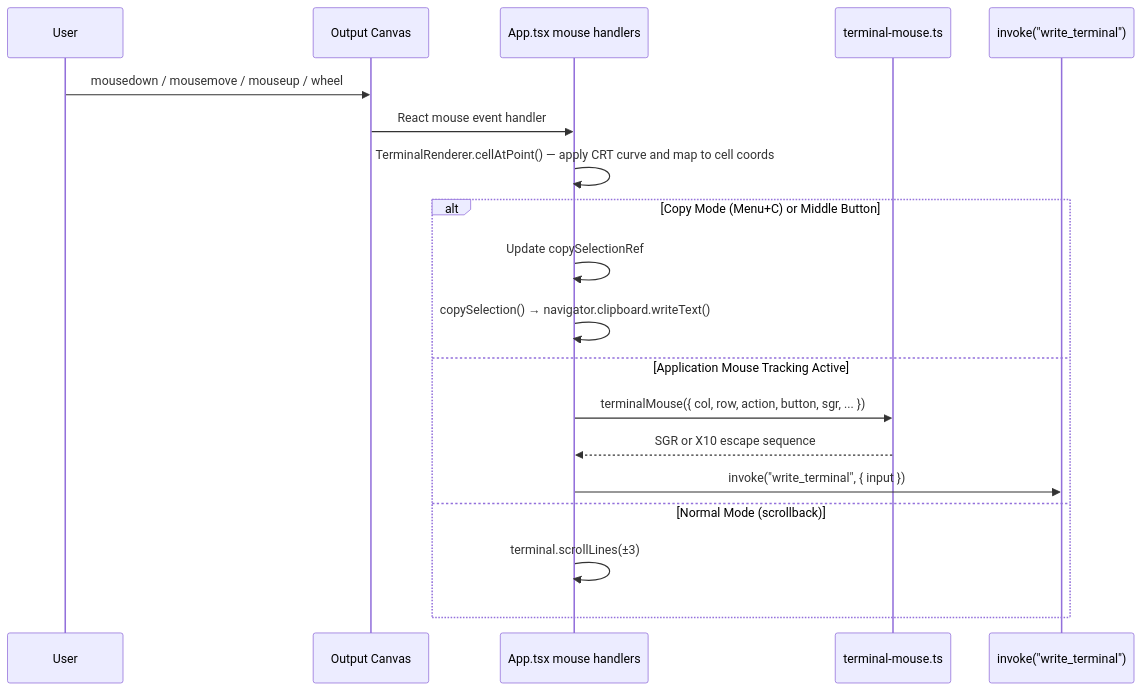
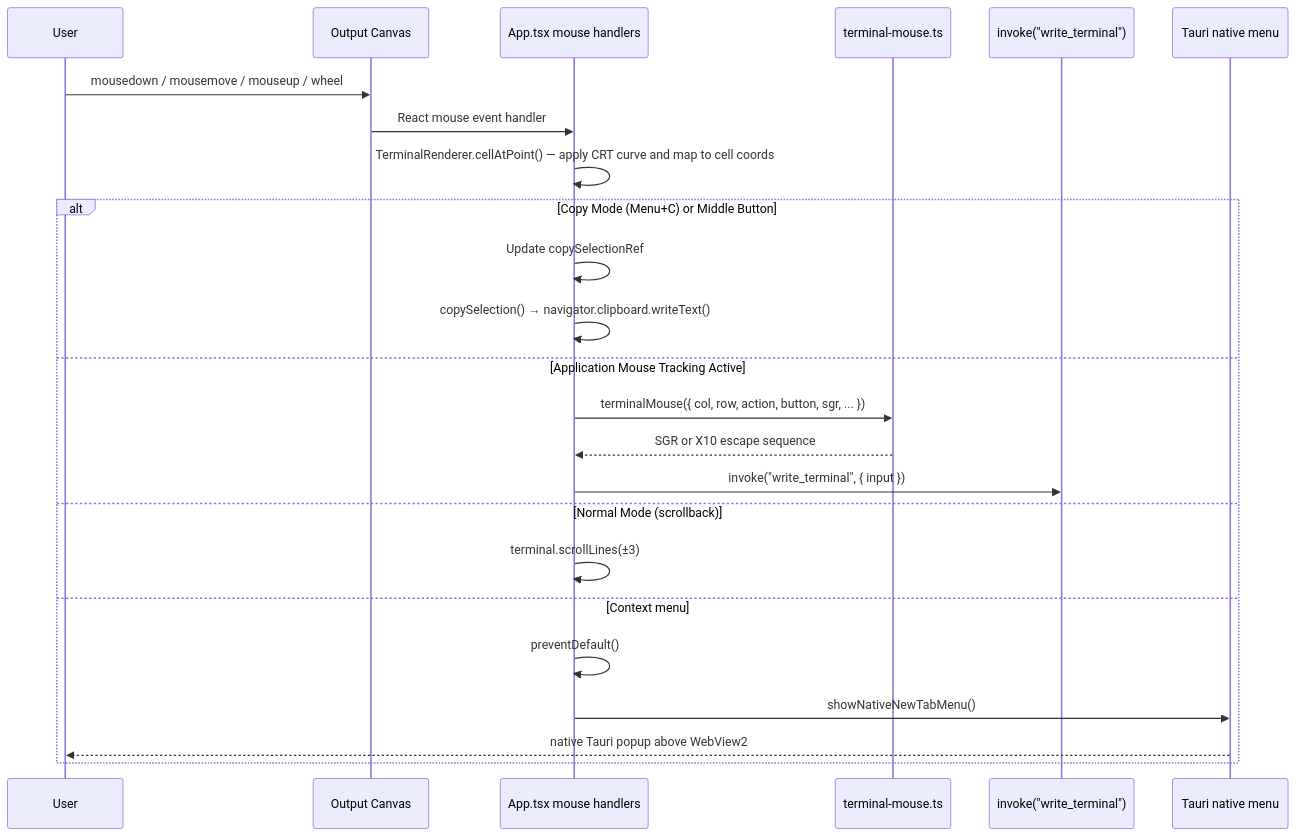
The fifth of 6 diagrams in docs/02-architecture.md (z-hunter/Scanline-Term), drawn with Mermaid before and after one commit. The commit also changed other lines of this file and 12 other files, not shown here.

Commit message:
Add native context menus for tabs and terminal

````diff
--- a/docs/02-architecture.md
+++ b/docs/02-architecture.md
@@ -183,22 +187,27 @@
 ```mermaid
 sequenceDiagram
     participant User as User
     participant Canvas as Output Canvas
     participant App as App.tsx mouse handlers
     participant Mouse as terminal-mouse.ts
     participant Invoke as invoke("write_terminal")
+    participant NativeMenu as Tauri native menu
 
     User->>Canvas: mousedown / mousemove / mouseup / wheel
     Canvas->>App: React mouse event handler
     App->>App: TerminalRenderer.cellAtPoint() — apply CRT curve and map to cell coords
     alt Copy Mode (Menu+C) or Middle Button
         App->>App: Update copySelectionRef
         App->>App: copySelection() → navigator.clipboard.writeText()
     else Application Mouse Tracking Active
         App->>Mouse: terminalMouse({ col, row, action, button, sgr, ... })
         Mouse-->>App: SGR or X10 escape sequence
         App->>Invoke: invoke("write_terminal", { input })
     else Normal Mode (scrollback)
         App->>App: terminal.scrollLines(±3)
+    else Context menu
+        App->>App: preventDefault()
+        App->>NativeMenu: showNativeNewTabMenu()
+        NativeMenu-->>User: native Tauri popup above WebView2
     end
 ```
````
